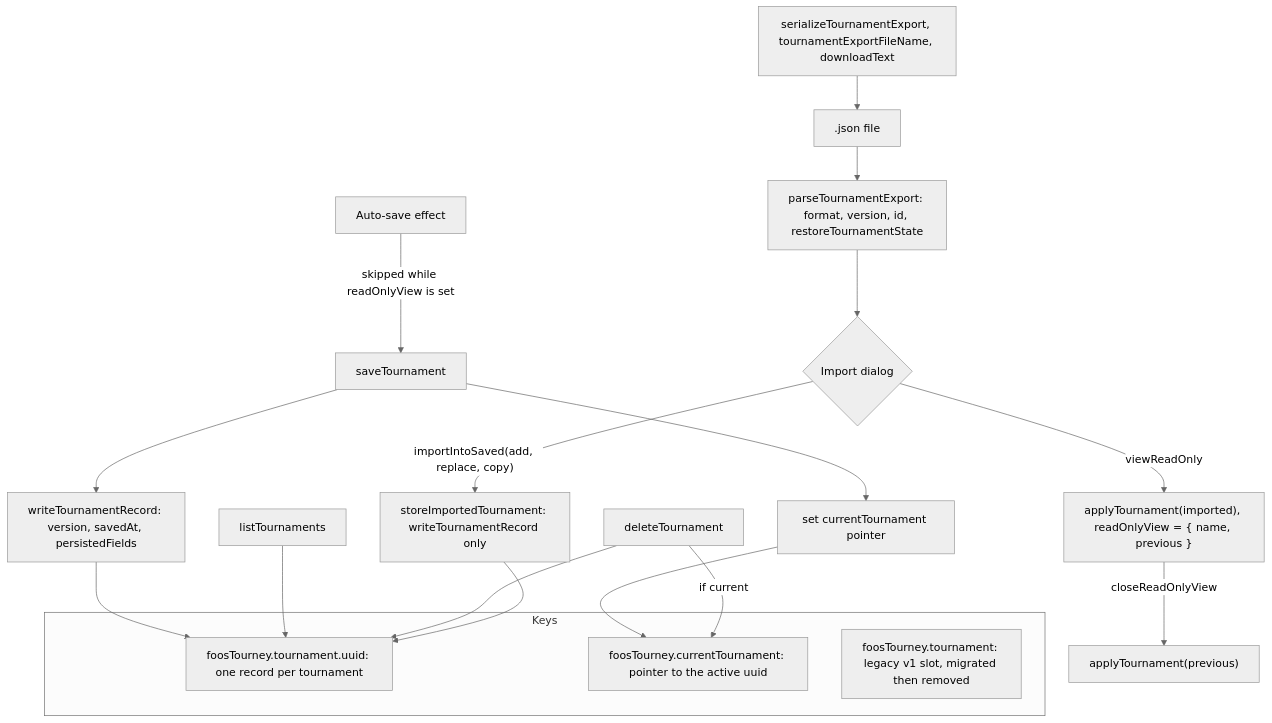
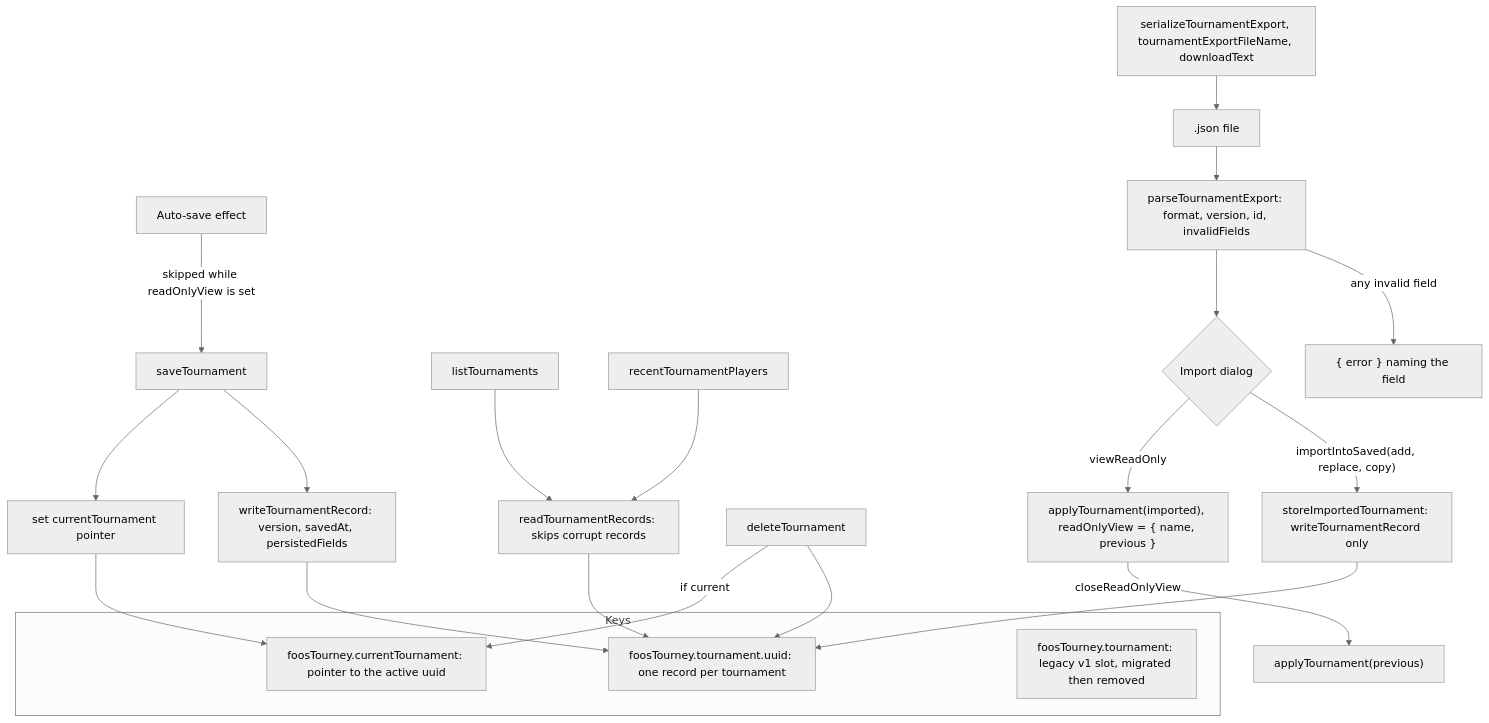
One commit to DT209/foos-tourney changed the ninth of 10 diagrams in .claude/Flow.md. Above: the diagram before and after it, drawn with Mermaid (neutral theme). The commit also changed other lines of this file and 1 other file, not shown here.

First line of the commit message:
Update diagrams for recent players and data validation

````diff
--- a/.claude/Flow.md
+++ b/.claude/Flow.md
@@ -164,23 +169,26 @@
 ```mermaid
 flowchart TD
     subgraph Keys
         K1["foosTourney.tournament.uuid: one record per tournament"]
         K2["foosTourney.currentTournament: pointer to the active uuid"]
         K3["foosTourney.tournament: legacy v1 slot, migrated then removed"]
     end
     AE["Auto-save effect"] -->|"skipped while readOnlyView is set"| SV["saveTournament"]
     SV --> WR["writeTournamentRecord: version, savedAt, persistedFields"]
     SV --> PT["set currentTournament pointer"]
     WR --> K1
     PT --> K2
-    LT["listTournaments"] --> K1
+    RR["readTournamentRecords: skips corrupt records"] --> K1
+    LT["listTournaments"] --> RR
+    RP["recentTournamentPlayers"] --> RR
     DT["deleteTournament"] --> K1
     DT -->|"if current"| K2
     EXP["serializeTournamentExport, tournamentExportFileName, downloadText"] --> FILE[".json file"]
-    FILE --> PARSE["parseTournamentExport: format, version, id, restoreTournamentState"]
+    FILE --> PARSE["parseTournamentExport: format, version, id, invalidFields"]
+    PARSE -->|"any invalid field"| REJ["{ error } naming the field"]
     PARSE --> RV{"Import dialog"}
     RV -- "importIntoSaved(add, replace, copy)" --> ST["storeImportedTournament: writeTournamentRecord only"]
     ST --> K1
     RV -- "viewReadOnly" --> RO["applyTournament(imported), readOnlyView = { name, previous }"]
     RO -->|"closeReadOnlyView"| PR["applyTournament(previous)"]
 ```
````
